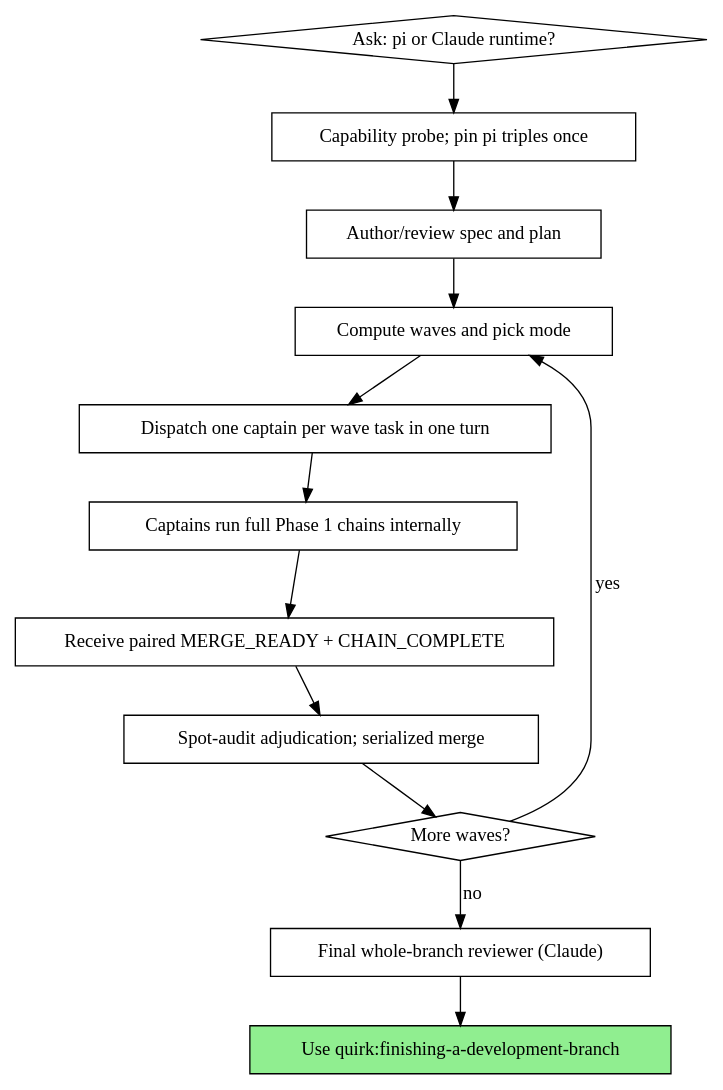
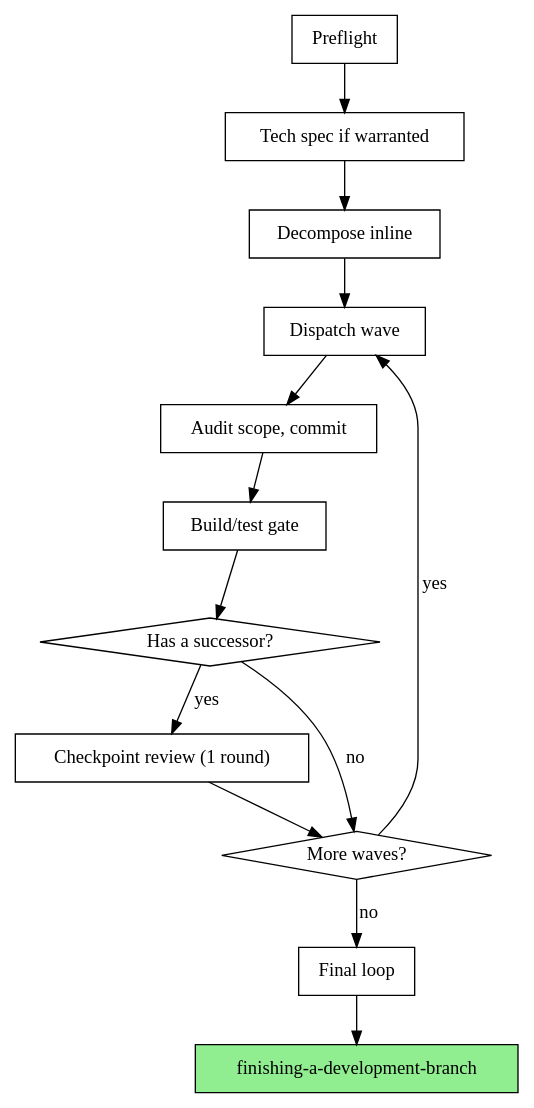
The second of 2 diagrams in skills/subagent-driven-development/SKILL.md (zpyoung/quirk), drawn with Graphviz before and after one commit. The commit also changed other lines of this file and 11 other files, not shown here.

````diff
--- a/skills/subagent-driven-development/SKILL.md
+++ b/skills/subagent-driven-development/SKILL.md
@@ -113,29 +51,25 @@
 ```dot
 digraph process {
     rankdir=TB;
+    "Preflight" [shape=box];
+    "Tech spec if warranted" [shape=box];
+    "Decompose inline" [shape=box];
+    "Dispatch wave" [shape=box];
+    "Audit scope, commit" [shape=box];
+    "Build/test gate" [shape=box];
+    "Has a successor?" [shape=diamond];
+    "Checkpoint review (1 round)" [shape=box];
+    "More waves?" [shape=diamond];
+    "Final loop" [shape=box];
+    "finishing-a-development-branch" [shape=box style=filled fillcolor=lightgreen];
 
-    "Ask: pi or Claude runtime?" [shape=diamond];
-    "Capability probe; pin pi triples once" [shape=box];
-    "Author/review spec and plan" [shape=box];
-    "Compute waves and pick mode" [shape=box];
-    "Dispatch one captain per wave task in one turn" [shape=box];
-    "Captains run full Phase 1 chains internally" [shape=box];
-    "Receive paired MERGE_READY + CHAIN_COMPLETE" [shape=box];
-    "Spot-audit adjudication; serialized merge" [shape=box];
-    "More waves?" [shape=diamond];
-    "Final whole-branch reviewer (Claude)" [shape=box];
-    "Use quirk:finishing-a-development-branch" [shape=box style=filled fillcolor=lightgreen];
-
-    "Ask: pi or Claude runtime?" -> "Capability probe; pin pi triples once";
-    "Capability probe; pin pi triples once" -> "Author/review spec and plan";
-    "Author/review spec and plan" -> "Compute waves and pick mode";
-    "Compute waves and pick mode" -> "Dispatch one captain per wave task in one turn";
-    "Dispatch one captain per wave task in one turn" -> "Captains run full Phase 1 chains internally";
-    "Captains run full Phase 1 chains internally" -> "Receive paired MERGE_READY + CHAIN_COMPLETE";
-    "Receive paired MERGE_READY + CHAIN_COMPLETE" -> "Spot-audit adjudication; serialized merge";
-    "Spot-audit adjudication; serialized merge" -> "More waves?";
-    "More waves?" -> "Compute waves and pick mode" [label="yes"];
-    "More waves?" -> "Final whole-branch reviewer (Claude)" [label="no"];
-    "Final whole-branch reviewer (Claude)" -> "Use quirk:finishing-a-development-branch";
+    "Preflight" -> "Tech spec if warranted" -> "Decompose inline" -> "Dispatch wave";
+    "Dispatch wave" -> "Audit scope, commit" -> "Build/test gate" -> "Has a successor?";
+    "Has a successor?" -> "Checkpoint review (1 round)" [label="yes"];
+    "Has a successor?" -> "More waves?" [label="no"];
+    "Checkpoint review (1 round)" -> "More waves?";
+    "More waves?" -> "Dispatch wave" [label="yes"];
+    "More waves?" -> "Final loop" [label="no"];
+    "Final loop" -> "finishing-a-development-branch";
 }
 ```
````
